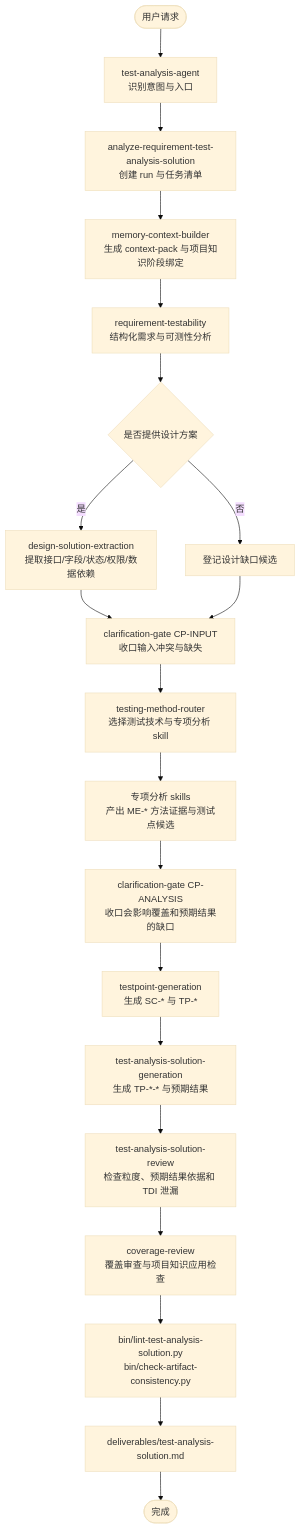
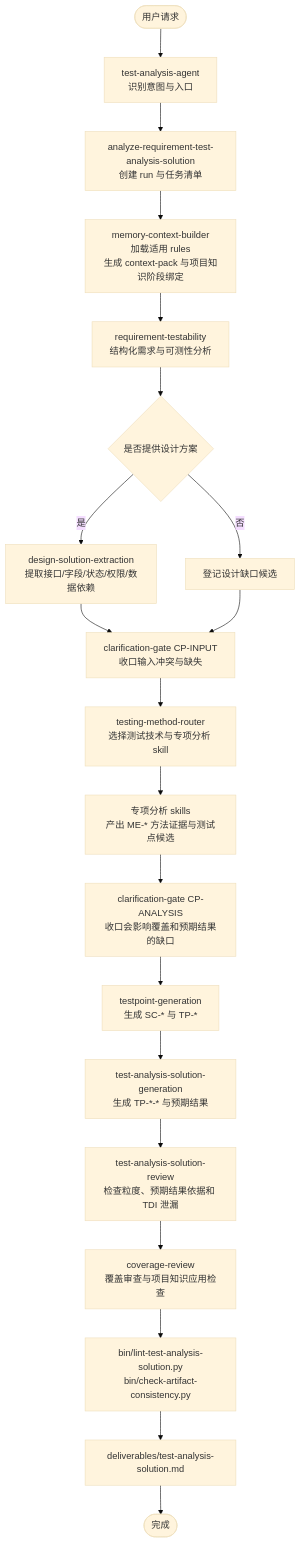
The second of 2 diagrams in docs/test-analysis-agent-design.md (szluoqy-byte/Test-Analysis-Agent-MM), drawn with Mermaid (base theme) before and after one commit. The commit also changed other lines of this file and 46 other files, not shown here.

````diff
--- a/docs/test-analysis-agent-design.md
+++ b/docs/test-analysis-agent-design.md
@@ -89,23 +91,23 @@
 ```mermaid
 flowchart TD
   start([用户请求])
   start --> agent[test-analysis-agent<br/>识别意图与入口]
   agent --> main[analyze-requirement-test-analysis-solution<br/>创建 run 与任务清单]
-  main --> ctx[memory-context-builder<br/>生成 context-pack 与项目知识阶段绑定]
+  main --> ctx[memory-context-builder<br/>加载适用 rules<br/>生成 context-pack 与项目知识阶段绑定]
   ctx --> req[requirement-testability<br/>结构化需求与可测性分析]
   req --> hasDesign{是否提供设计方案}
   hasDesign -- 是 --> design[design-solution-extraction<br/>提取接口/字段/状态/权限/数据依赖]
   hasDesign -- 否 --> designGap[登记设计缺口候选]
   design --> cpInput[clarification-gate CP-INPUT<br/>收口输入冲突与缺失]
   designGap --> cpInput
   cpInput --> route[testing-method-router<br/>选择测试技术与专项分析 skill]
   route --> methods[专项分析 skills<br/>产出 ME-* 方法证据与测试点候选]
   methods --> cpAnalysis[clarification-gate CP-ANALYSIS<br/>收口会影响覆盖和预期结果的缺口]
   cpAnalysis --> tp[testpoint-generation<br/>生成 SC-* 与 TP-*]
   tp --> analysis[test-analysis-solution-generation<br/>生成 TP-*-* 与预期结果]
   analysis --> review[test-analysis-solution-review<br/>检查粒度、预期结果依据和 TDI 泄漏]
   review --> coverage[coverage-review<br/>覆盖审查与项目知识应用检查]
   coverage --> lint[bin/lint-test-analysis-solution.py<br/>bin/check-artifact-consistency.py]
   lint --> output[deliverables/test-analysis-solution.md]
   output --> finish([完成])
 ```
````
